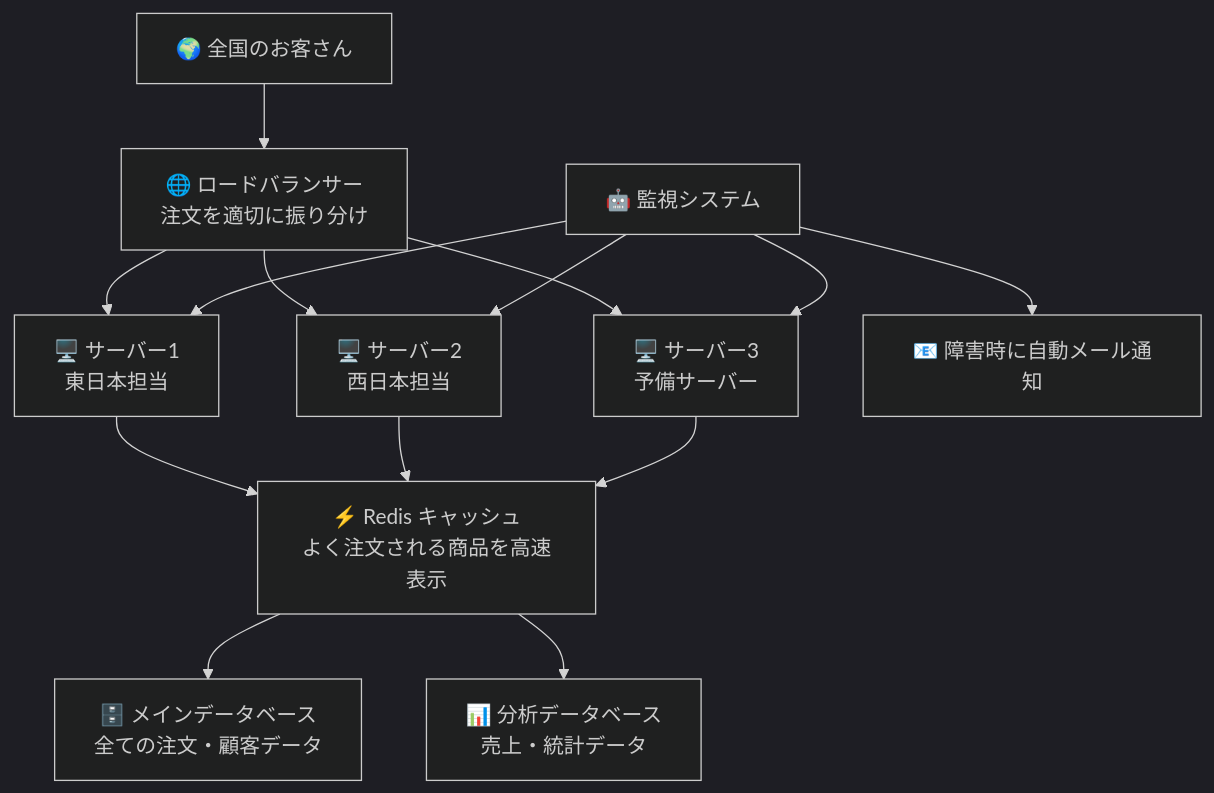
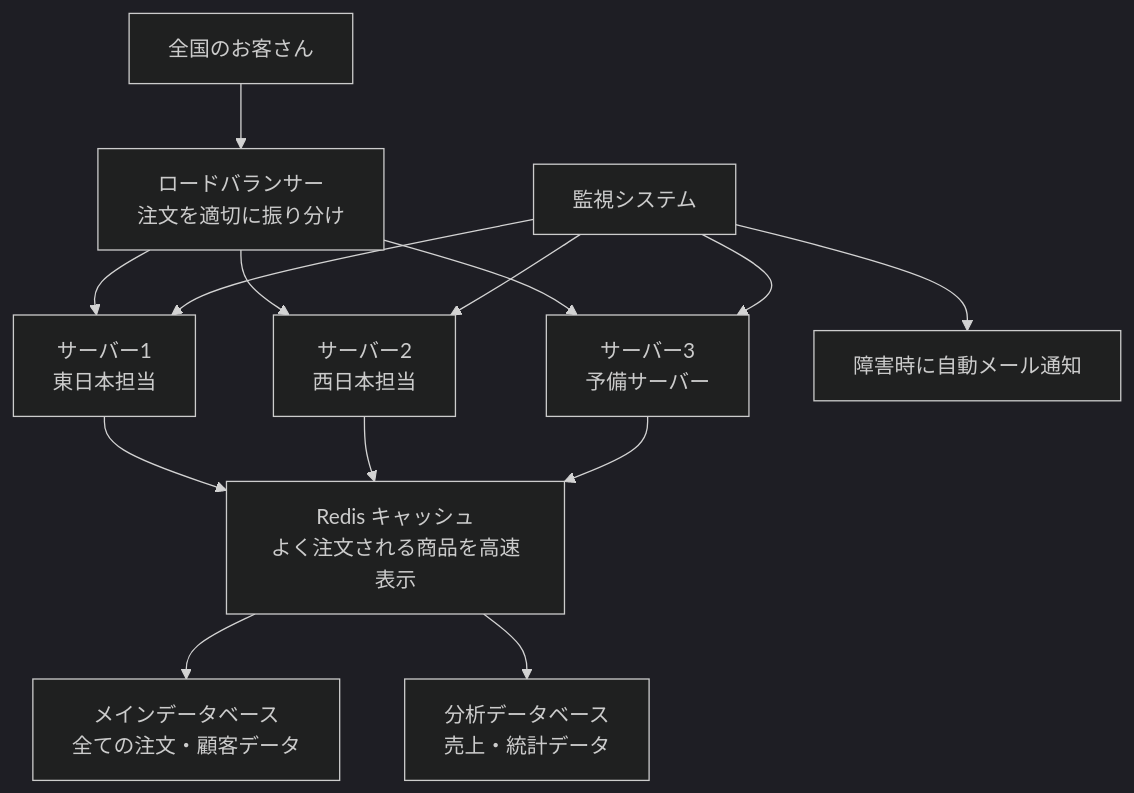
Before and after one commit to itdojp/supabase-architecture-patterns-book: the diagram in docs/chapters/chapter05-3/index.md, drawn with Mermaid (dark theme). The commit also changed other lines of this file and 49 other files, not shown here.

````diff
--- a/docs/chapters/chapter05-3/index.md
+++ b/docs/chapters/chapter05-3/index.md
@@ -69,19 +69,19 @@
 ```mermaid
 flowchart TD
-    A[🌍 全国のお客さん] --> B[🌐 ロードバランサー<br/>注文を適切に振り分け]
-    B --> C[🖥️ サーバー1<br/>東日本担当]
-    B --> D[🖥️ サーバー2<br/>西日本担当]
-    B --> E[🖥️ サーバー3<br/>予備サーバー]
+    A[ 全国のお客さん] --> B[ ロードバランサー<br/>注文を適切に振り分け]
+    B --> C[ サーバー1<br/>東日本担当]
+    B --> D[ サーバー2<br/>西日本担当]
+    B --> E[ サーバー3<br/>予備サーバー]
     
-    C --> F[⚡ Redis キャッシュ<br/>よく注文される商品を高速表示]
+    C --> F[ Redis キャッシュ<br/>よく注文される商品を高速表示]
     D --> F
     E --> F
     
-    F --> G[🗄️ メインデータベース<br/>全ての注文・顧客データ]
-    F --> H[📊 分析データベース<br/>売上・統計データ]
+    F --> G[ メインデータベース<br/>全ての注文・顧客データ]
+    F --> H[ 分析データベース<br/>売上・統計データ]
     
-    I[🤖 監視システム] --> C
+    I[ 監視システム] --> C
     I --> D
     I --> E
-    I --> J[📧 障害時に自動メール通知]
+    I --> J[ 障害時に自動メール通知]
 ```
````
